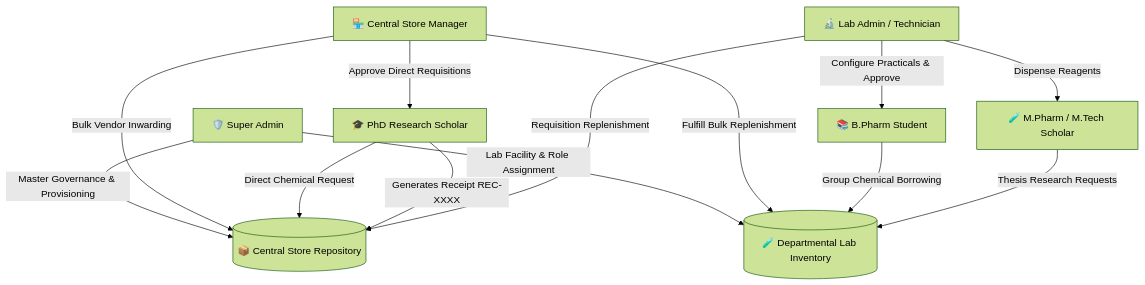
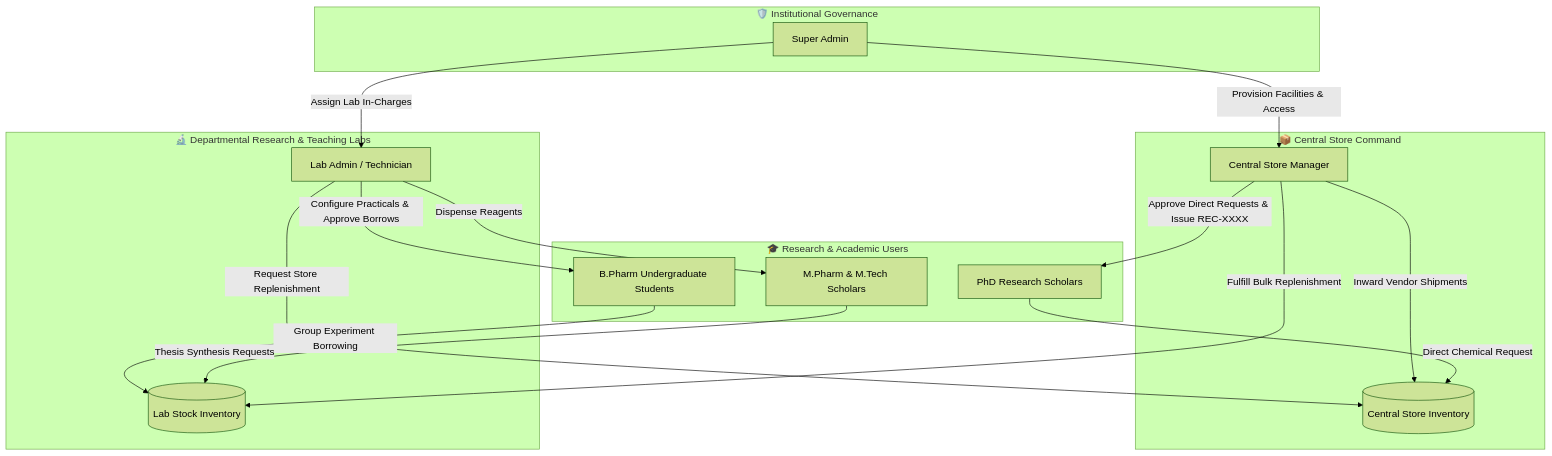
One commit to rasayanflowsgsits-creator/RasayanFlow2.0 changed the first of 2 diagrams in README.md. Above: the diagram before and after it, drawn with Mermaid (forest theme). The commit also changed other lines of this file, not shown here.

Commit message:
README: Make README.md ultra-creative with ASCII banners, mermaid diagrams, role manual cards, carousels, and shields

````diff
--- a/README.md
+++ b/README.md
@@ -36,32 +78,37 @@
 ```mermaid
 flowchart TD
-    %% Roles
-    SA["🛡️ Super Admin"]
-    SM["🏪 Central Store Manager"]
-    LA["🔬 Lab Admin / Technician"]
-    PhD["🎓 PhD Research Scholar"]
-    PG["🧪 M.Pharm / M.Tech Scholar"]
-    UG["📚 B.Pharm Student"]
+    subgraph Governance ["🛡️ Institutional Governance"]
+        SA["Super Admin"]
+    end
 
-    %% Core System Hubs
-    CentralStore[("📦 Central Store Repository")]
-    LabStore[("🧪 Departmental Lab Inventory")]
-    
-    %% Workflows
-    SA -->|Master Governance & Provisioning| CentralStore
-    SA -->|Lab Facility & Role Assignment| LabStore
+    subgraph InventoryHub ["📦 Central Store Command"]
+        SM["Central Store Manager"]
+        StoreDB[("Central Store Inventory")]
+    end
 
-    SM -->|Bulk Vendor Inwarding| CentralStore
-    SM -->|Fulfill Bulk Replenishment| LabStore
-    SM -->|Approve Direct Requisitions| PhD
+    subgraph Laboratories ["🔬 Departmental Research & Teaching Labs"]
+        LA["Lab Admin / Technician"]
+        LabDB[("Lab Stock Inventory")]
+    end
 
-    PhD -->|Direct Chemical Request| CentralStore
-    PhD -->|Generates Receipt REC-XXXX| CentralStore
+    subgraph Scholars ["🎓 Research & Academic Users"]
+        PhD["PhD Research Scholars"]
+        PG["M.Pharm & M.Tech Scholars"]
+        UG["B.Pharm Undergraduate Students"]
+    end
 
-    LA -->|Requisition Replenishment| CentralStore
-    LA -->|Configure Practicals & Approve| UG
+    SA -->|Provision Facilities & Access| SM
+    SA -->|Assign Lab In-Charges| LA
+
+    SM -->|Inward Vendor Shipments| StoreDB
+    SM -->|Fulfill Bulk Replenishment| LabDB
+    SM -->|Approve Direct Requests & Issue REC-XXXX| PhD
+
+    LA -->|Request Store Replenishment| StoreDB
+    LA -->|Configure Practicals & Approve Borrows| UG
     LA -->|Dispense Reagents| PG
 
-    UG -->|Group Chemical Borrowing| LabStore
-    PG -->|Thesis Research Requests| LabStore
+    PhD -->|Direct Chemical Request| StoreDB
+    UG -->|Group Experiment Borrowing| LabDB
+    PG -->|Thesis Synthesis Requests| LabDB
 ```
````
